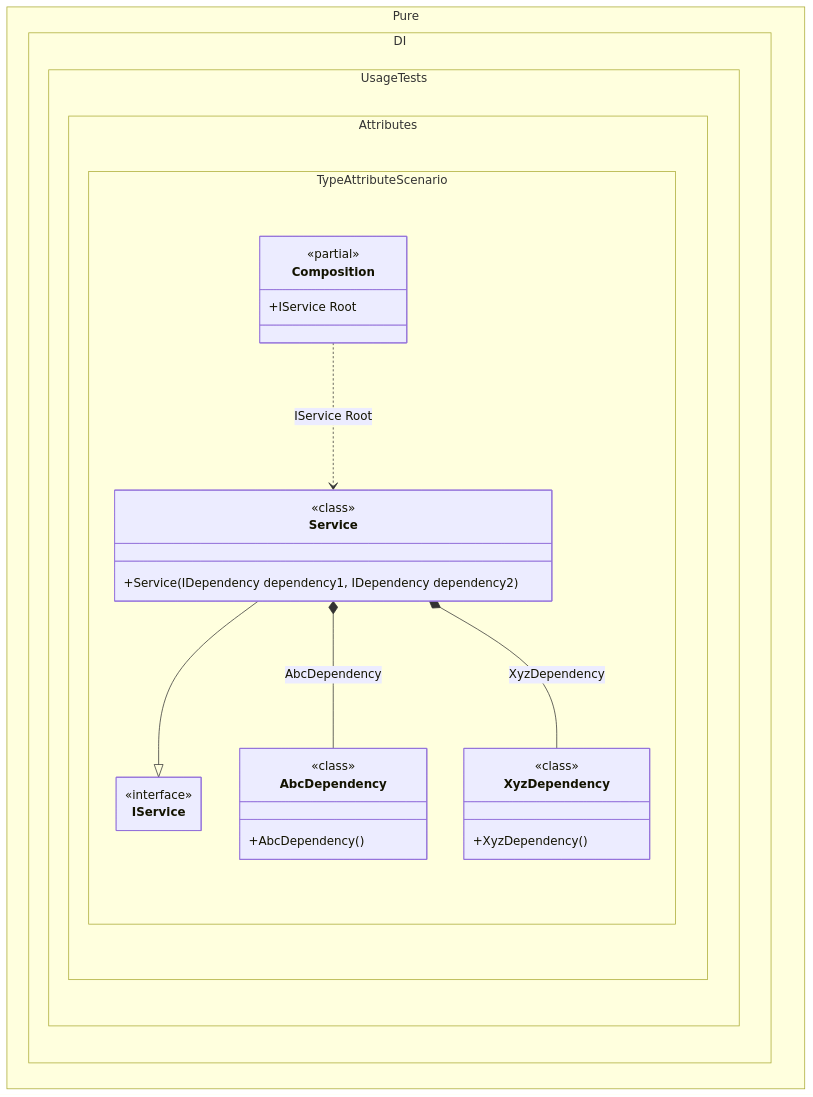
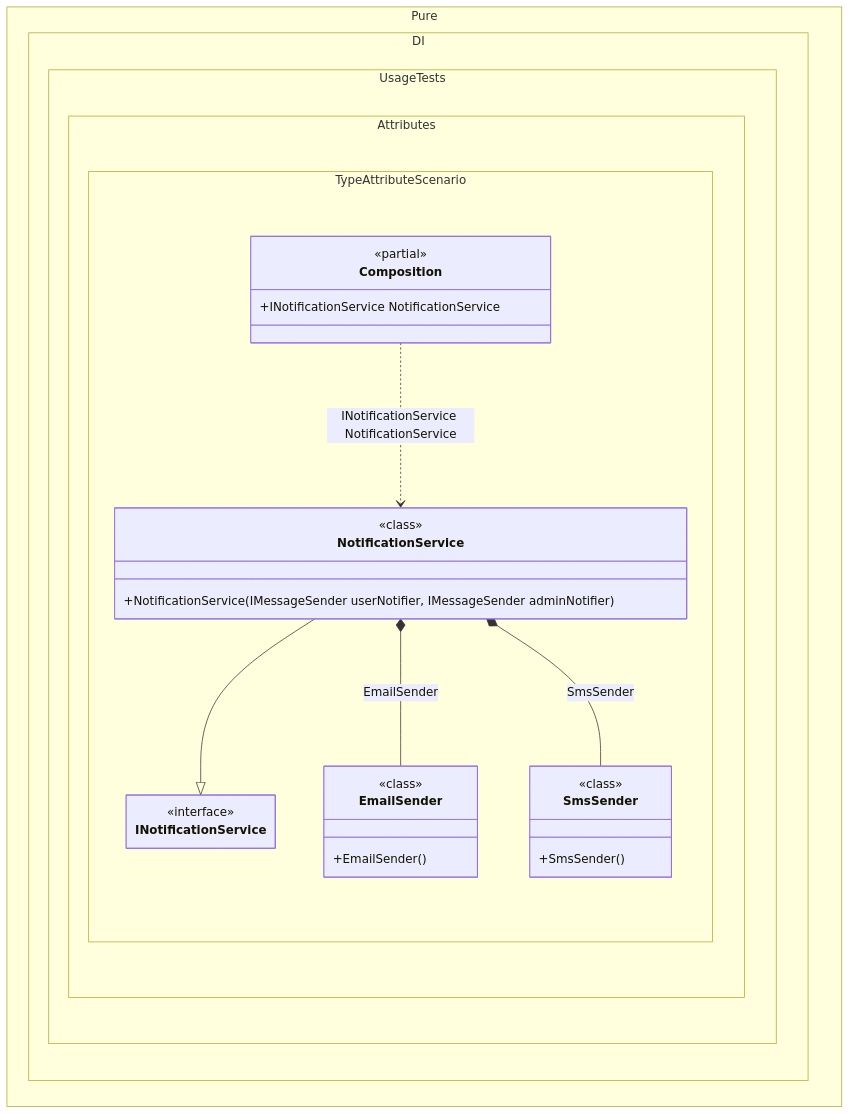
The diagram in readme/type-attribute.md (DevTeam/Pure.DI), drawn with Mermaid before and after one commit. The commit also changed other lines of this file and 126 other files, not shown here.

````diff
--- a/readme/type-attribute.md
+++ b/readme/type-attribute.md
@@ -101,35 +103,35 @@
 ```mermaid
 ---
  config:
   maxTextSize: 2147483647
   maxEdges: 2147483647
   class:
    hideEmptyMembersBox: true
 ---
 classDiagram
-	Service --|> IService
-	Composition ..> Service : IService Root
-	Service *--  AbcDependency : AbcDependency
-	Service *--  XyzDependency : XyzDependency
+	NotificationService --|> INotificationService
+	Composition ..> NotificationService : INotificationService NotificationService
+	NotificationService *--  EmailSender : EmailSender
+	NotificationService *--  SmsSender : SmsSender
 	namespace Pure.DI.UsageTests.Attributes.TypeAttributeScenario {
-		class AbcDependency {
-				<<class>>
-			+AbcDependency()
-		}
 		class Composition {
 		<<partial>>
-		+IService Root
+		+INotificationService NotificationService
 		}
-		class IService {
+		class EmailSender {
+				<<class>>
+			+EmailSender()
+		}
+		class INotificationService {
 			<<interface>>
 		}
-		class Service {
+		class NotificationService {
 				<<class>>
-			+Service(IDependency dependency1, IDependency dependency2)
+			+NotificationService(IMessageSender userNotifier, IMessageSender adminNotifier)
 		}
-		class XyzDependency {
+		class SmsSender {
 				<<class>>
-			+XyzDependency()
+			+SmsSender()
 		}
 	}
 ```
````
